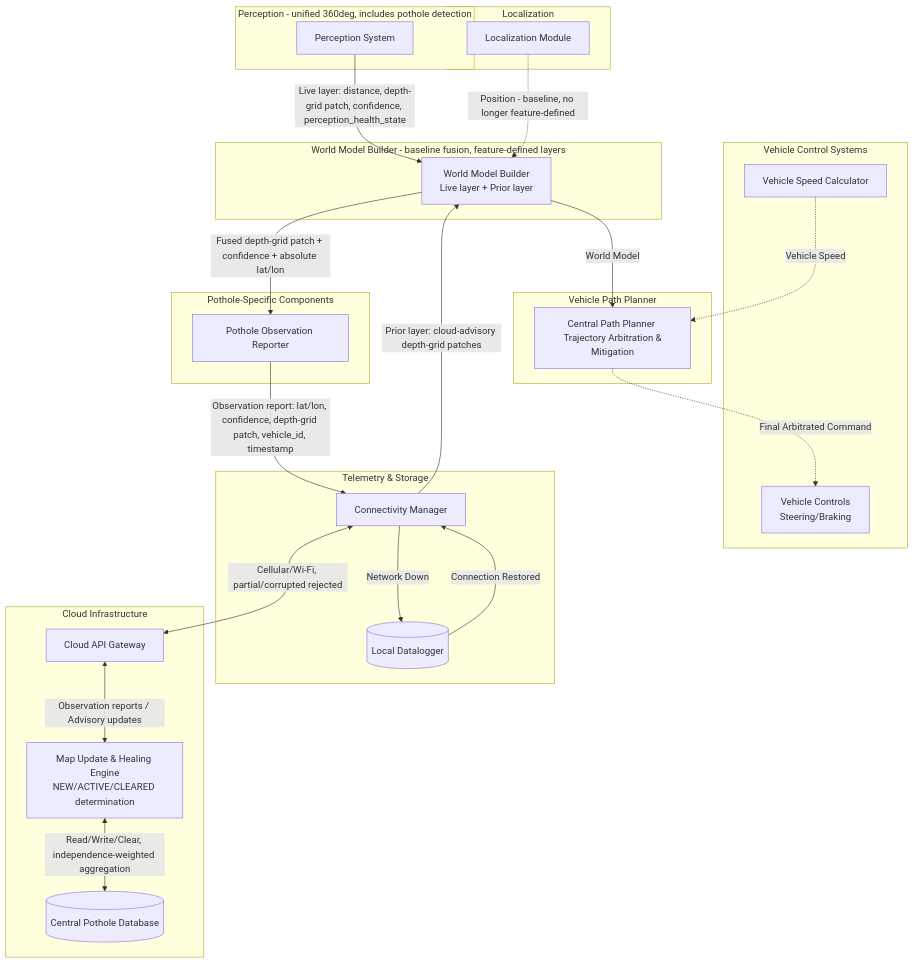
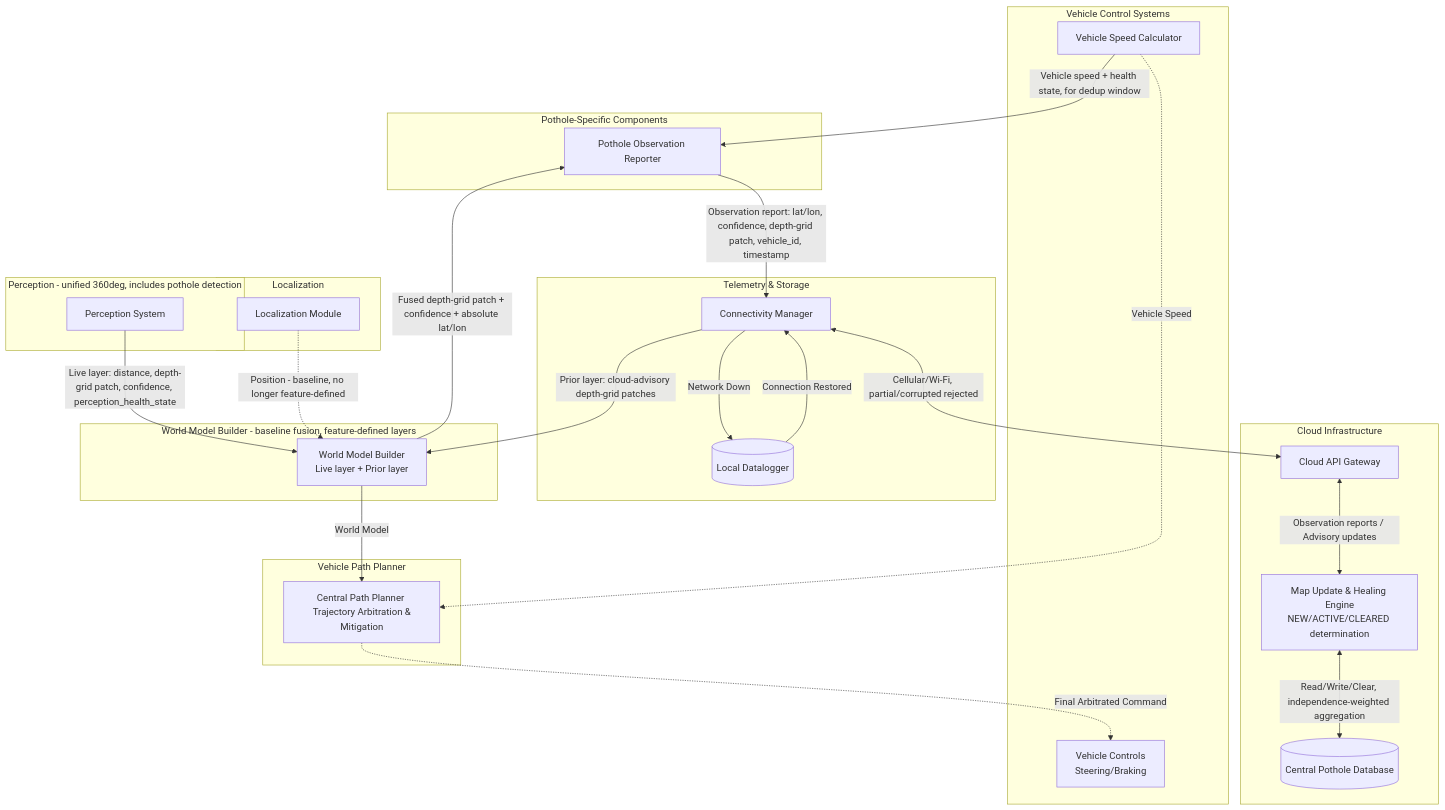
Before and after one commit to niranjankamalapurkar/av_pothole_detection: the diagram in block_diagram.md, drawn with Mermaid. The commit also changed other lines of this file and 5 other files, not shown here.

First line of the commit message:
chore: fix documents to add new input vehicle_speed to pothole reporter

````diff
--- a/block_diagram.md
+++ b/block_diagram.md
@@ -90,62 +92,65 @@
 ```mermaid
 flowchart TD
     subgraph VehicleCentral [Vehicle Control Systems]
         O[Vehicle Speed Calculator]
         VC[Vehicle Controls <br/> Steering/Braking]
     end
 
     subgraph WorldModel [World Model Builder - baseline fusion, feature-defined layers]
         WM[World Model Builder<br/>Live layer + Prior layer]
     end
 
     subgraph PathPlanner [Vehicle Path Planner]
         PP[Central Path Planner <br/> Trajectory Arbitration & Mitigation]
     end
 
     subgraph PerceptionSystem [Perception - unified 360deg, includes pothole detection]
         P[Perception System]
     end
 
     subgraph Localization [Localization]
         L[Localization Module]
     end
 
     subgraph PotholeSystem [Pothole-Specific Components]
         OR[Pothole Observation Reporter]
     end
 
     subgraph Telemetry [Telemetry & Storage]
         CM[Connectivity Manager]
         DL[(Local Datalogger)]
     end
 
     subgraph Cloud [Cloud Infrastructure]
         API[Cloud API Gateway]
         HE[Map Update & Healing Engine<br/>NEW/ACTIVE/CLEARED determination]
         DB[(Central Pothole Database)]
     end
 
     %% Perception feeds Live layer directly - no sidecar matching component
     P -->|Live layer: distance, depth-grid patch, confidence, perception_health_state| WM
     L -.->|Position - baseline, no longer feature-defined| WM
 
     %% Cloud feeds Prior layer directly
     CM -->|Prior layer: cloud-advisory depth-grid patches| WM
 
     %% Fused output triggers observation reports
     WM -->|Fused depth-grid patch + confidence + absolute lat/lon| OR
     OR -->|Observation report: lat/lon, confidence, depth-grid patch, vehicle_id, timestamp| CM
 
     CM -- "Network Down" --> DL
     DL -- "Connection Restored" --> CM
     CM <-->|"Cellular/Wi-Fi, partial/corrupted rejected"| API
     API <-->|Observation reports / Advisory updates| HE
     HE <-->|Read/Write/Clear, independence-weighted aggregation| DB
 
     %% World Model Builder feeds Path Planner - baseline
     WM -->|World Model| PP
 
+    %% Feature-defined consumption of a baseline signal
+    O -->|Vehicle speed + health state, for dedup window| OR
+
     %% Connections not defined by this feature - baseline vehicle functionality
     O -.->|Vehicle Speed| PP
     PP -.->|Final Arbitrated Command| VC
 ```
````
